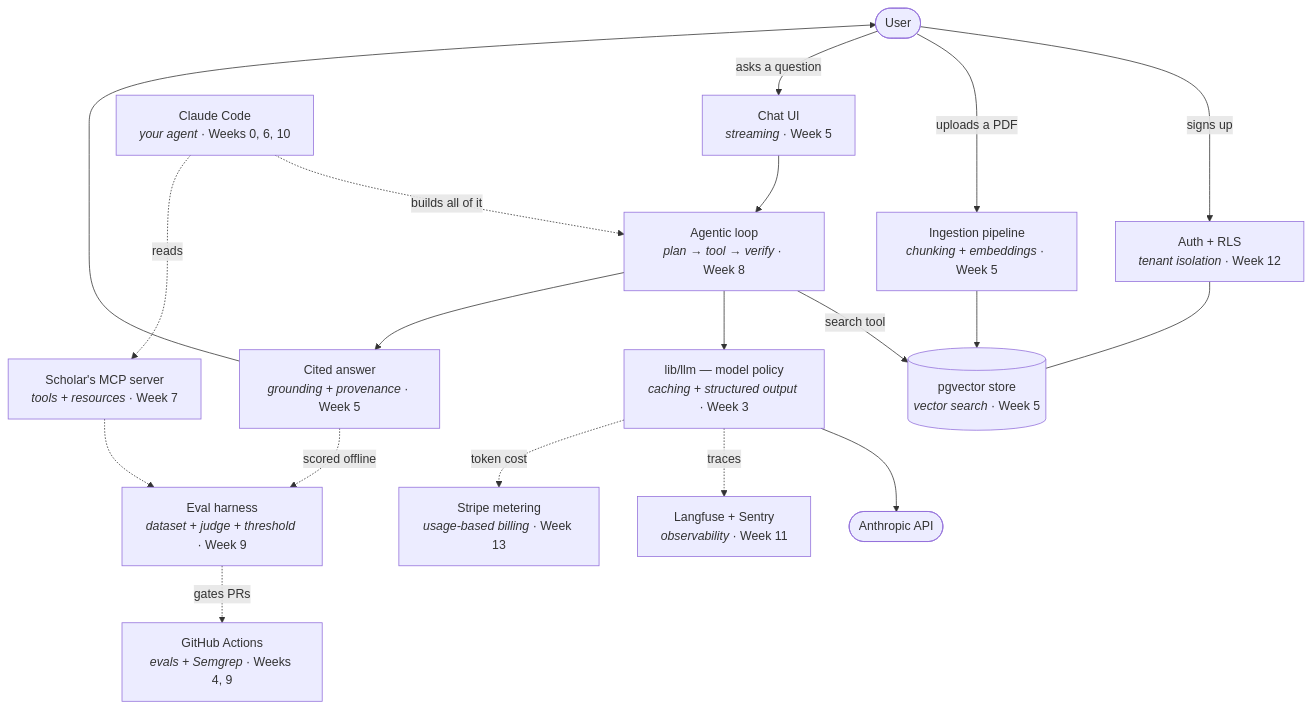
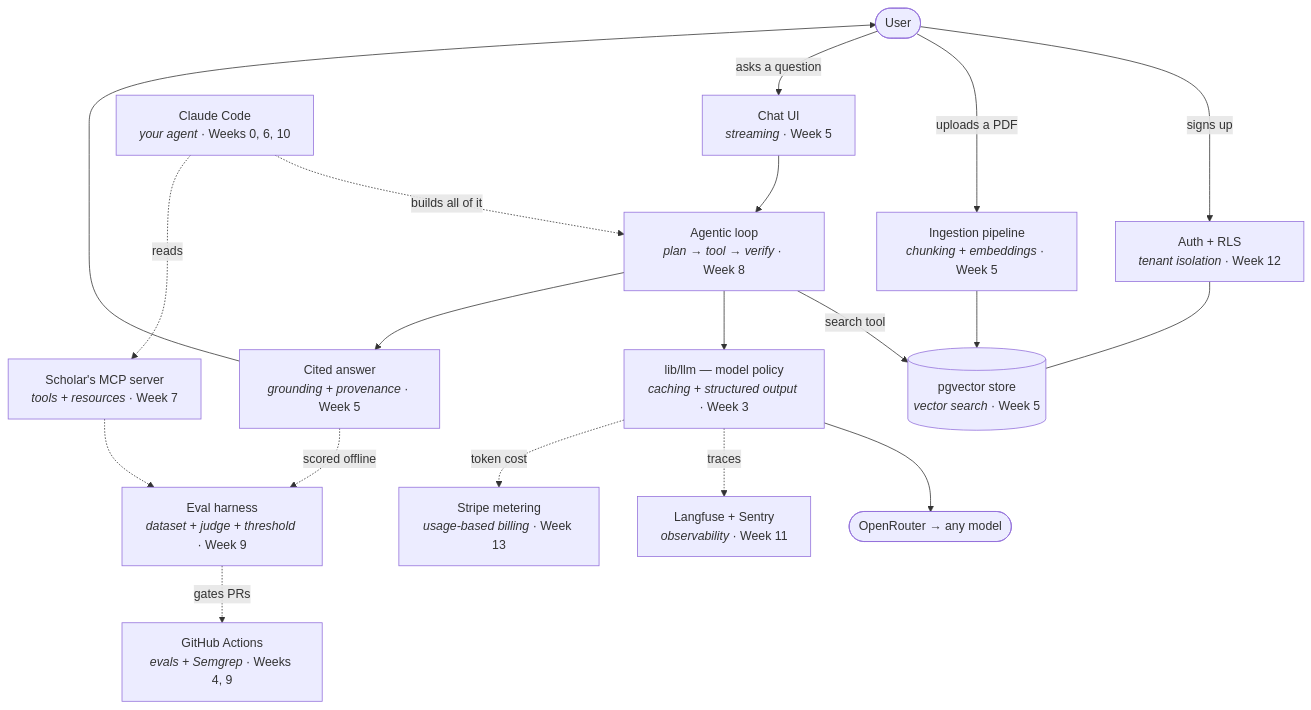
Before and after one commit to sriramarun/ai-engineering: the diagram in docs/concept-map.md, drawn with Mermaid. The commit also changed other lines of this file and 11 other files, not shown here.

First line of the commit message:
Keep Scholar's model layer on OpenRouter

````diff
--- a/docs/concept-map.md
+++ b/docs/concept-map.md
@@ -11,26 +11,26 @@
 ```mermaid
 flowchart TB
     U([User]) -->|signs up| AUTH["Auth + RLS<br/><i>tenant isolation</i> · Week 12"]
     U -->|uploads a PDF| ING["Ingestion pipeline<br/><i>chunking + embeddings</i> · Week 5"]
     U -->|asks a question| CHAT["Chat UI<br/><i>streaming</i> · Week 5"]
 
     ING --> VEC[("pgvector store<br/><i>vector search</i> · Week 5")]
     CHAT --> AGENT["Agentic loop<br/><i>plan → tool → verify</i> · Week 8"]
     AGENT -->|search tool| VEC
     AGENT --> LLMC["lib/llm — model policy<br/><i>caching + structured output</i> · Week 3"]
-    LLMC --> API([Anthropic API])
+    LLMC --> API([OpenRouter → any model])
 
     AGENT --> ANS["Cited answer<br/><i>grounding + provenance</i> · Week 5"]
     ANS --> U
 
     ANS -.->|scored offline| EVAL["Eval harness<br/><i>dataset + judge + threshold</i> · Week 9"]
     EVAL -.->|gates PRs| CI["GitHub Actions<br/><i>evals + Semgrep</i> · Weeks 4, 9"]
     LLMC -.->|traces| OBS["Langfuse + Sentry<br/><i>observability</i> · Week 11"]
     LLMC -.->|token cost| BILL["Stripe metering<br/><i>usage-based billing</i> · Week 13"]
 
     AUTH --- VEC
 
     CC["Claude Code<br/><i>your agent</i> · Weeks 0, 6, 10"] -.->|builds all of it| AGENT
     CC -.->|reads| MCP["Scholar's MCP server<br/><i>tools + resources</i> · Week 7"]
     MCP -.-> EVAL
 ```
````
